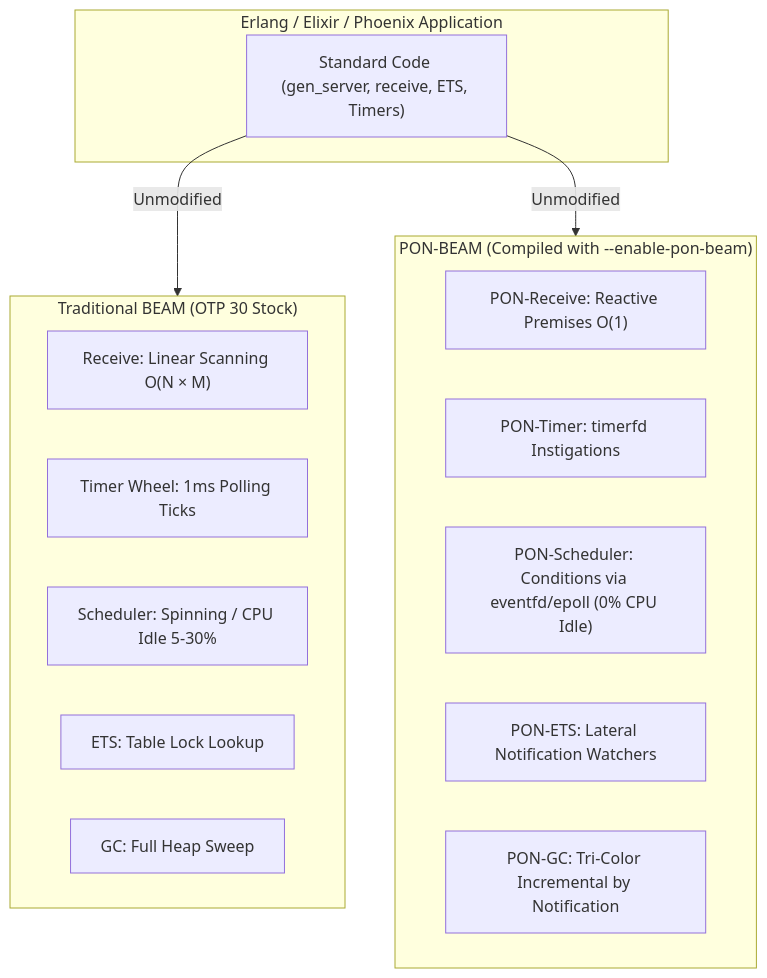
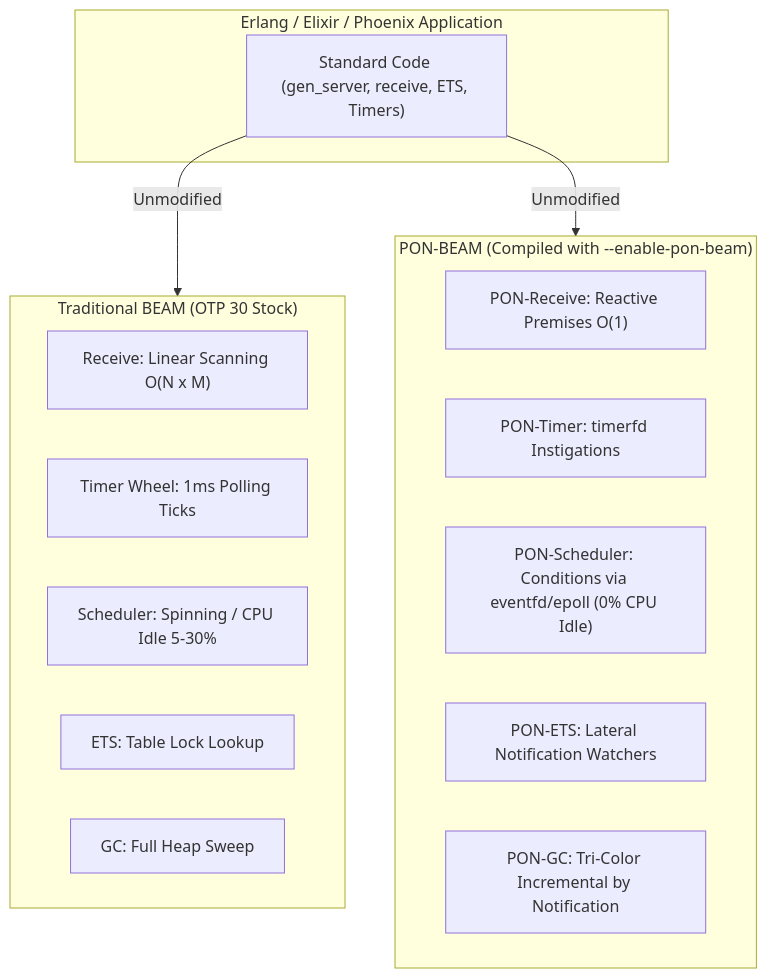
One commit to matheuscamarques/pon_beam changed the first of 3 diagrams in docs/PROJECT_PLAN.md. Above: the diagram before and after it, drawn with Mermaid. The commit also changed other lines of this file and 1 other file, not shown here.

Commit message:
docs: corrige renderizacao mermaid no GitHub (remove &, em-dashes e x unicode dos labels dos diagramas) — validado

````diff
--- a/docs/PROJECT_PLAN.md
+++ b/docs/PROJECT_PLAN.md
@@ -28,25 +28,25 @@
 ```mermaid
 flowchart TD
     subgraph Erlang_Elixir_App["Erlang / Elixir / Phoenix Application"]
         Code["Standard Code (gen_server, receive, ETS, Timers)"]
     end
 
     subgraph ERTS_Original["Traditional BEAM (OTP 30 Stock)"]
-        Receive_Stock["Receive: Linear Scanning O(N × M)"]
+        Receive_Stock["Receive: Linear Scanning O(N x M)"]
         Timer_Stock["Timer Wheel: 1ms Polling Ticks"]
         Sched_Stock["Scheduler: Spinning / CPU Idle 5-30%"]
         ETS_Stock["ETS: Table Lock Lookup"]
         GC_Stock["GC: Full Heap Sweep"]
     end
 
     subgraph ERTS_PON["PON-BEAM (Compiled with --enable-pon-beam)"]
         Receive_PON["PON-Receive: Reactive Premises O(1)"]
         Timer_PON["PON-Timer: timerfd Instigations"]
         Sched_PON["PON-Scheduler: Conditions via eventfd/epoll (0% CPU Idle)"]
         ETS_PON["PON-ETS: Lateral Notification Watchers"]
         GC_PON["PON-GC: Tri-Color Incremental by Notification"]
     end
 
     Code -->|Unmodified| ERTS_Original
     Code -->|Unmodified| ERTS_PON
 ```
````
